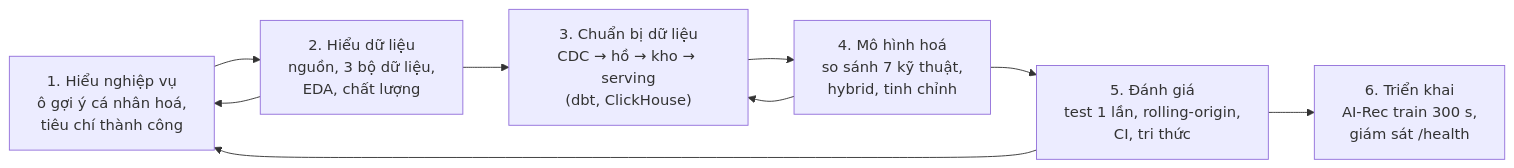
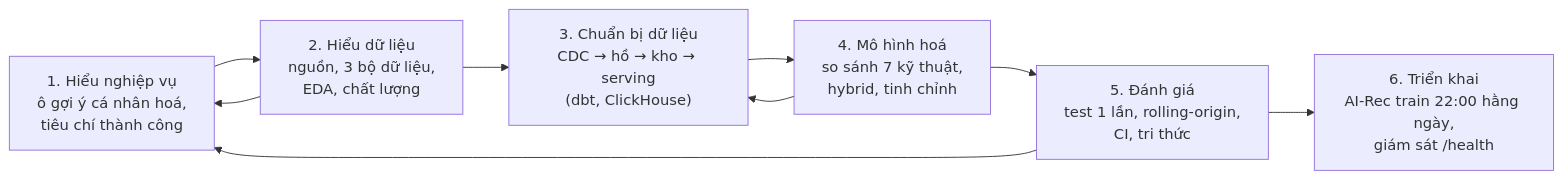
The first of 8 diagrams in docs/08-BAO-CAO-KHAI-PHA-DU-LIEU.md (LeVanTrieuAn/ktln-Getshopy), drawn with Mermaid before and after one commit. The commit also changed other lines of this file and 9 other files, not shown here.

First line of the commit message:
feat(ai-rec): train lại mỗi ngày lúc 22:00 thay cho mỗi 5 phút

````diff
--- a/docs/08-BAO-CAO-KHAI-PHA-DU-LIEU.md
+++ b/docs/08-BAO-CAO-KHAI-PHA-DU-LIEU.md
@@ -316,11 +316,11 @@
 ```mermaid
 flowchart LR
     BU["1. Hiểu nghiệp vụ<br/>ô gợi ý cá nhân hoá,<br/>tiêu chí thành công"] --> DU["2. Hiểu dữ liệu<br/>nguồn, 3 bộ dữ liệu,<br/>EDA, chất lượng"]
     DU --> BU
     DU --> DP["3. Chuẩn bị dữ liệu<br/>CDC → hồ → kho → serving<br/>(dbt, ClickHouse)"]
     DP --> MO["4. Mô hình hoá<br/>so sánh 7 kỹ thuật,<br/>hybrid, tinh chỉnh"]
     MO --> DP
     MO --> EV["5. Đánh giá<br/>test 1 lần, rolling-origin,<br/>CI, tri thức"]
     EV --> BU
-    EV --> DE["6. Triển khai<br/>AI-Rec train 300 s,<br/>giám sát /health"]
+    EV --> DE["6. Triển khai<br/>AI-Rec train 22:00 hằng ngày,<br/>giám sát /health"]
 ```
````
